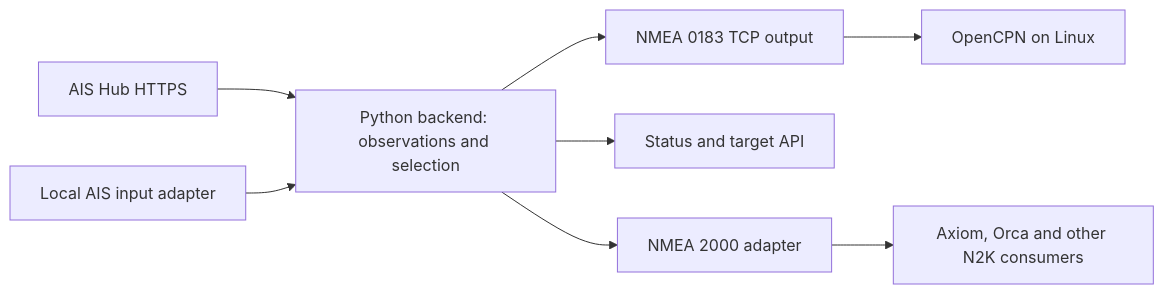
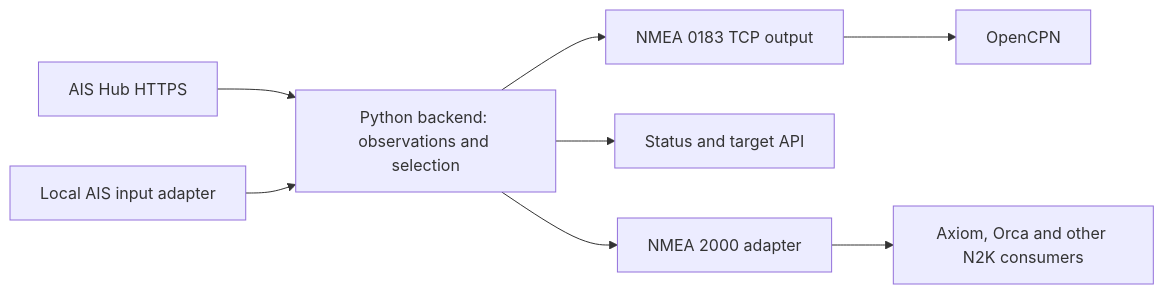
Before and after one commit to vadimio/oth-ais: the diagram in docs/architecture.md, drawn with Mermaid. The commit also changed other lines of this file and 5 other files, not shown here.

````diff
--- a/docs/architecture.md
+++ b/docs/architecture.md
@@ -7,10 +11,10 @@
 ```mermaid
 flowchart LR
     HUB[AIS Hub HTTPS] --> CORE[Python backend: observations and selection]
     LOCAL[Local AIS input adapter] --> CORE
     CORE --> TCP[NMEA 0183 TCP output]
-    TCP --> OCPN[OpenCPN on Linux]
+    TCP --> OCPN[OpenCPN]
     CORE --> API[Status and target API]
     CORE --> CAN[NMEA 2000 adapter]
     CAN --> CLIENTS[Axiom, Orca and other N2K consumers]
 ```
````
